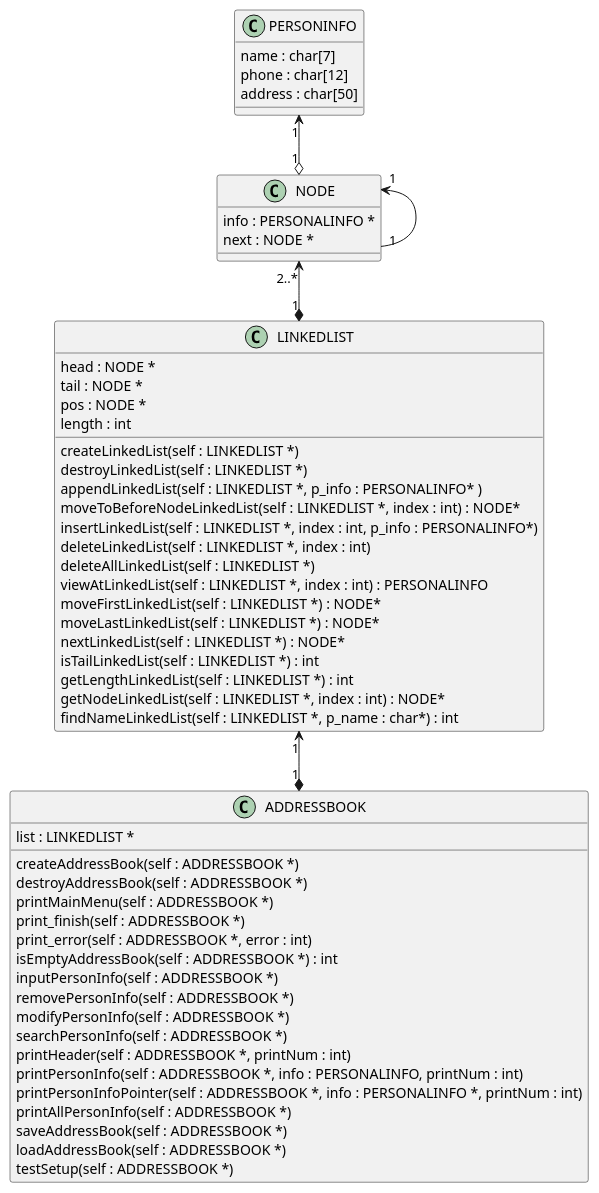
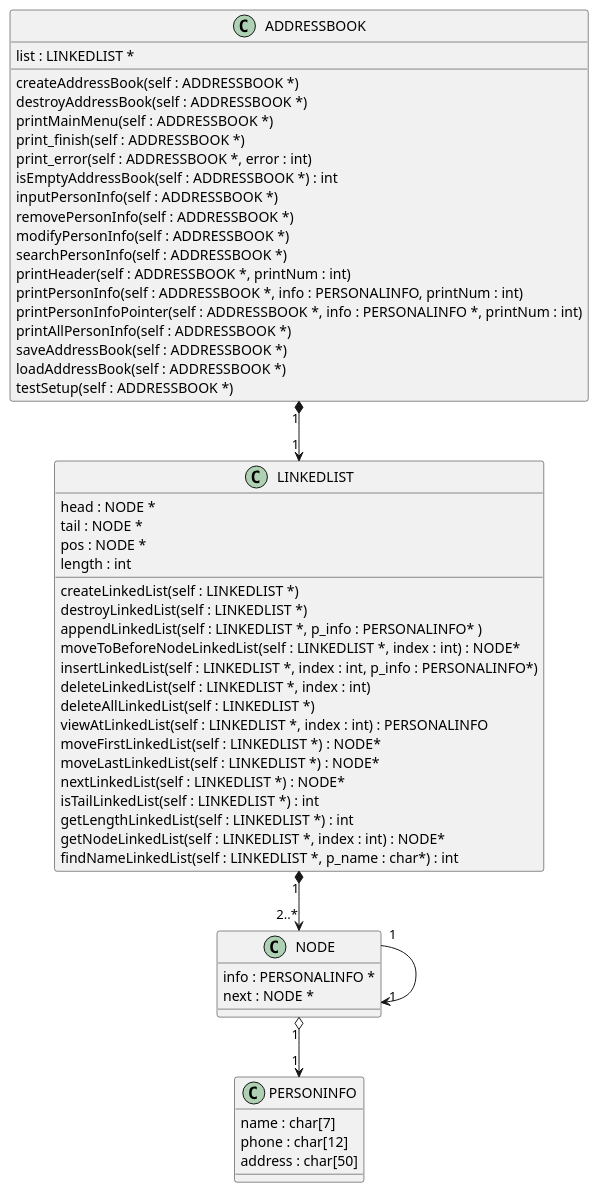
One commit to dosoba/dosoba changed the diagram in docs/addressBook_linkedlist_ClassDiagam.puml. Above: the diagram before and after it, drawn with PlantUML.

```diff
--- a/docs/addressBook_linkedlist_ClassDiagam.puml
+++ b/docs/addressBook_linkedlist_ClassDiagam.puml
@@ -1,62 +1,63 @@
 @startuml
 
 class PERSONINFO {
 name : char[7]
 phone : char[12]
 address : char[50]
 }
 
 class NODE {
 info : PERSONALINFO *
 next : NODE *
 }
 
 class LINKEDLIST {
 head : NODE *
 tail : NODE *
 pos : NODE *
 length : int
 createLinkedList(self : LINKEDLIST *)
 destroyLinkedList(self : LINKEDLIST *)
 appendLinkedList(self : LINKEDLIST *, p_info : PERSONALINFO* )
 moveToBeforeNodeLinkedList(self : LINKEDLIST *, index : int) : NODE*
 insertLinkedList(self : LINKEDLIST *, index : int, p_info : PERSONALINFO*)
 deleteLinkedList(self : LINKEDLIST *, index : int)
 deleteAllLinkedList(self : LINKEDLIST *)
 viewAtLinkedList(self : LINKEDLIST *, index : int) : PERSONALINFO
 moveFirstLinkedList(self : LINKEDLIST *) : NODE*
 moveLastLinkedList(self : LINKEDLIST *) : NODE*
 nextLinkedList(self : LINKEDLIST *) : NODE*
 isTailLinkedList(self : LINKEDLIST *) : int
 getLengthLinkedList(self : LINKEDLIST *) : int
 getNodeLinkedList(self : LINKEDLIST *, index : int) : NODE*
 findNameLinkedList(self : LINKEDLIST *, p_name : char*) : int
 }
 
 class ADDRESSBOOK {
 list : LINKEDLIST *
 createAddressBook(self : ADDRESSBOOK *)
 destroyAddressBook(self : ADDRESSBOOK *)
 printMainMenu(self : ADDRESSBOOK *)
 print_finish(self : ADDRESSBOOK *)
 print_error(self : ADDRESSBOOK *, error : int)
 isEmptyAddressBook(self : ADDRESSBOOK *) : int
 inputPersonInfo(self : ADDRESSBOOK *)
 removePersonInfo(self : ADDRESSBOOK *)
 modifyPersonInfo(self : ADDRESSBOOK *)
 searchPersonInfo(self : ADDRESSBOOK *)
 printHeader(self : ADDRESSBOOK *, printNum : int)
 printPersonInfo(self : ADDRESSBOOK *, info : PERSONALINFO, printNum : int)
 printPersonInfoPointer(self : ADDRESSBOOK *, info : PERSONALINFO *, printNum : int)
 printAllPersonInfo(self : ADDRESSBOOK *)
 saveAddressBook(self : ADDRESSBOOK *)
 loadAddressBook(self : ADDRESSBOOK *)
 testSetup(self : ADDRESSBOOK *)
 }
 
-PERSONINFO "1" <--o "1" NODE
-NODE "1" <-- "1" NODE
-NODE "2..*" <--* "1" LINKEDLIST
-LINKEDLIST "1" <--* "1" ADDRESSBOOK
+
+ADDRESSBOOK "1" *--> "1" LINKEDLIST
+LINKEDLIST "1" *--> "2..*" NODE
+NODE "1" --> "1" NODE
+NODE "1" o--> "1" PERSONINFO
 
 @enduml
```
